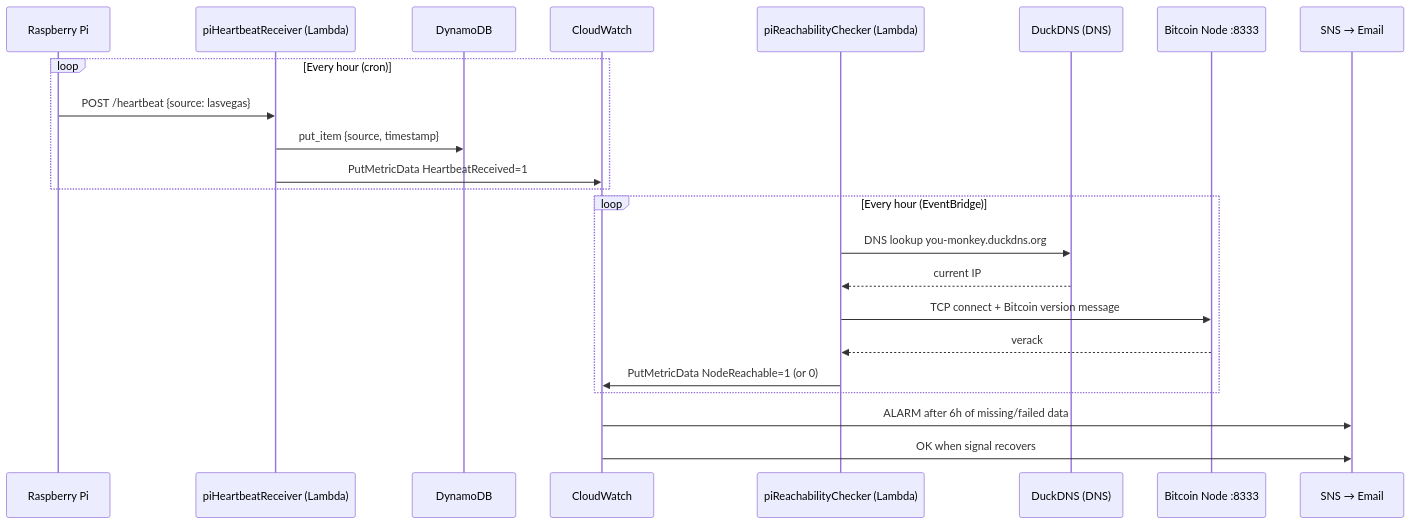
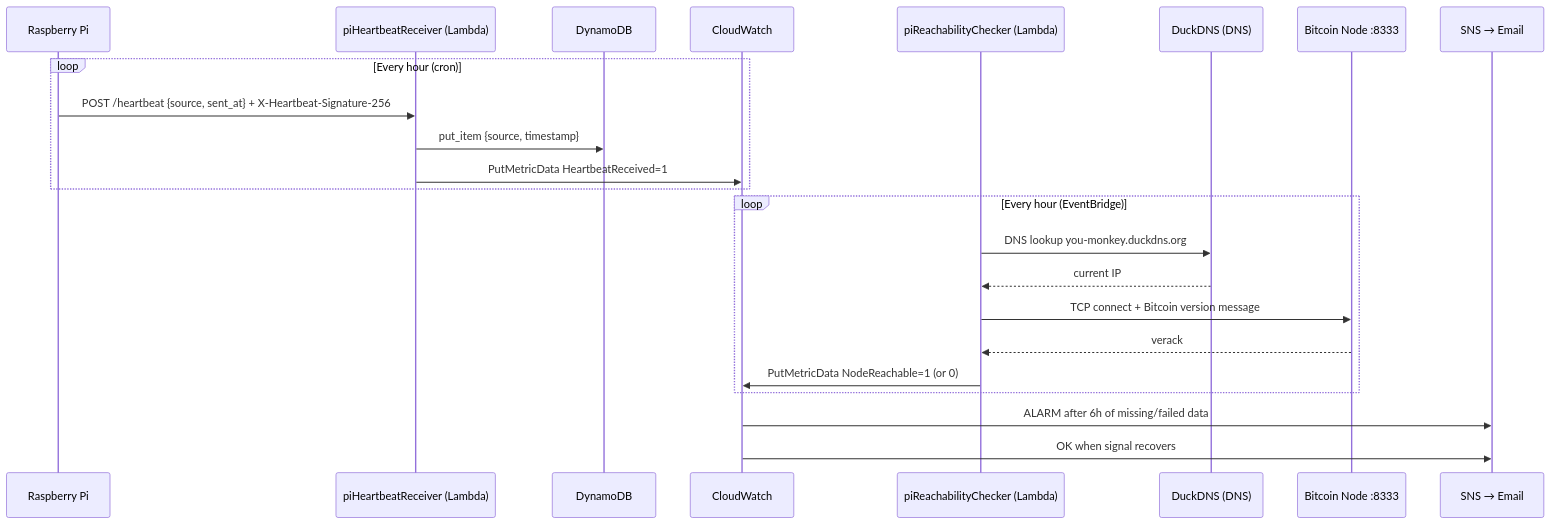
Before and after one commit to janrothen/bitcoin-node-watchdog: the diagram in README.md, drawn with Mermaid. The commit also changed other lines of this file, not shown here.

````diff
--- a/README.md
+++ b/README.md
@@ -29,28 +29,28 @@
 ```mermaid
 sequenceDiagram
     participant Pi as Raspberry Pi
     participant Recv as piHeartbeatReceiver (Lambda)
     participant DB as DynamoDB
     participant CW as CloudWatch
     participant Check as piReachabilityChecker (Lambda)
     participant Duck as DuckDNS (DNS)
     participant Node as Bitcoin Node :8333
     participant SNS as SNS → Email
 
     loop Every hour (cron)
-        Pi->>Recv: POST /heartbeat {source: lasvegas}
+        Pi->>Recv: POST /heartbeat {source, sent_at} + X-Heartbeat-Signature-256
         Recv->>DB: put_item {source, timestamp}
         Recv->>CW: PutMetricData HeartbeatReceived=1
     end
 
     loop Every hour (EventBridge)
         Check->>Duck: DNS lookup you-monkey.duckdns.org
         Duck-->>Check: current IP
         Check->>Node: TCP connect + Bitcoin version message
         Node-->>Check: verack
         Check->>CW: PutMetricData NodeReachable=1 (or 0)
     end
 
     CW->>SNS: ALARM after 6h of missing/failed data
     CW->>SNS: OK when signal recovers
 ```
````
